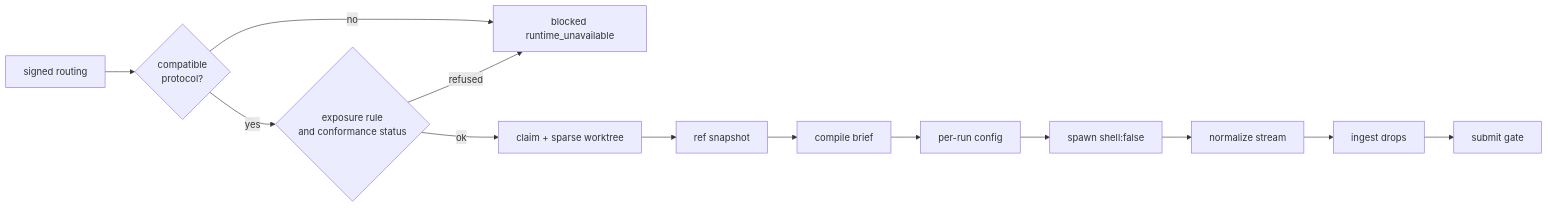
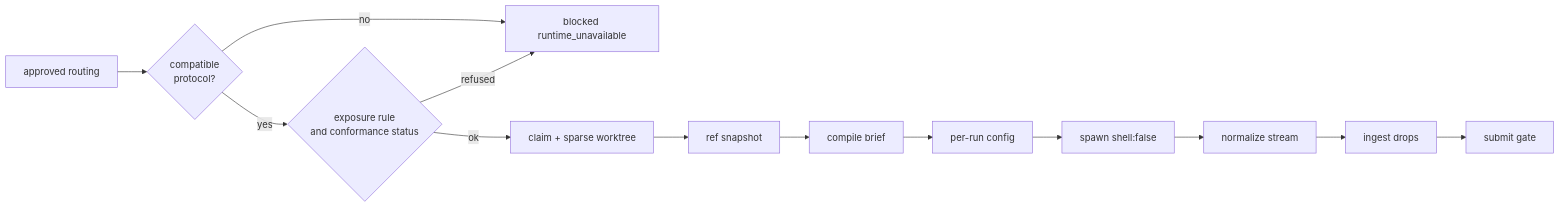
One commit to Qither/keel changed the diagram in docs/09-runtimes.md. Above: the diagram before and after it, drawn with Mermaid. The commit also changed other lines of this file and 130 other files, not shown here.

````diff
--- a/docs/09-runtimes.md
+++ b/docs/09-runtimes.md
@@ -140,15 +140,15 @@
 ```mermaid
 flowchart LR
-  R[signed routing] --> C{compatible<br/>protocol?}
+  R[approved routing] --> C{compatible<br/>protocol?}
   C -- no --> B1[blocked runtime_unavailable]
   C -- yes --> X{exposure rule<br/>and conformance status}
   X -- refused --> B1
   X -- ok --> CL[claim + sparse worktree]
   CL --> S[ref snapshot]
   S --> BR[compile brief]
   BR --> CFG[per-run config]
   CFG --> SP[spawn shell:false]
   SP --> N[normalize stream]
   N --> I[ingest drops]
   I --> G[submit gate]
 ```
````
